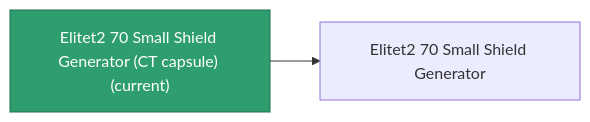
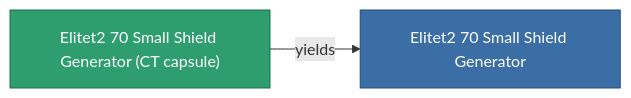
One commit to OpenPerpetuum/Wiki changed the diagram in content/content/items/elitet2_70_small_shield_generator_CT_capsule.md. Above: the diagram before and after it, drawn with Mermaid. The commit also changed other lines of this file and 2015 other files, not shown here.

````diff
--- a/content/content/items/elitet2_70_small_shield_generator_CT_capsule.md
+++ b/content/content/items/elitet2_70_small_shield_generator_CT_capsule.md
@@ -33,8 +33,9 @@
 ```mermaid
 graph LR
-    a["Elitet2 70 Small Shield Generator (CT capsule) (current)"]:::current
-    b["Elitet2 70 Small Shield Generator"]
-    a --> b
-    click b "/content/items/elitet2-70-small-shield-generator/" "Elitet2 70 Small Shield Generator"
+    a["Elitet2 70 Small Shield Generator (CT capsule)"]:::current
+    b["Elitet2 70 Small Shield Generator"]:::finished
+    a -->|yields| b
+                click b "/content/items/elitet2-70-small-shield-generator/" "Elitet2 70 Small Shield Generator"
     classDef current fill:#2f9e6f,stroke:#1f6f4a,color:#ffffff
+    classDef finished fill:#3b6ea5,stroke:#274a75,color:#ffffff
 ```
````
